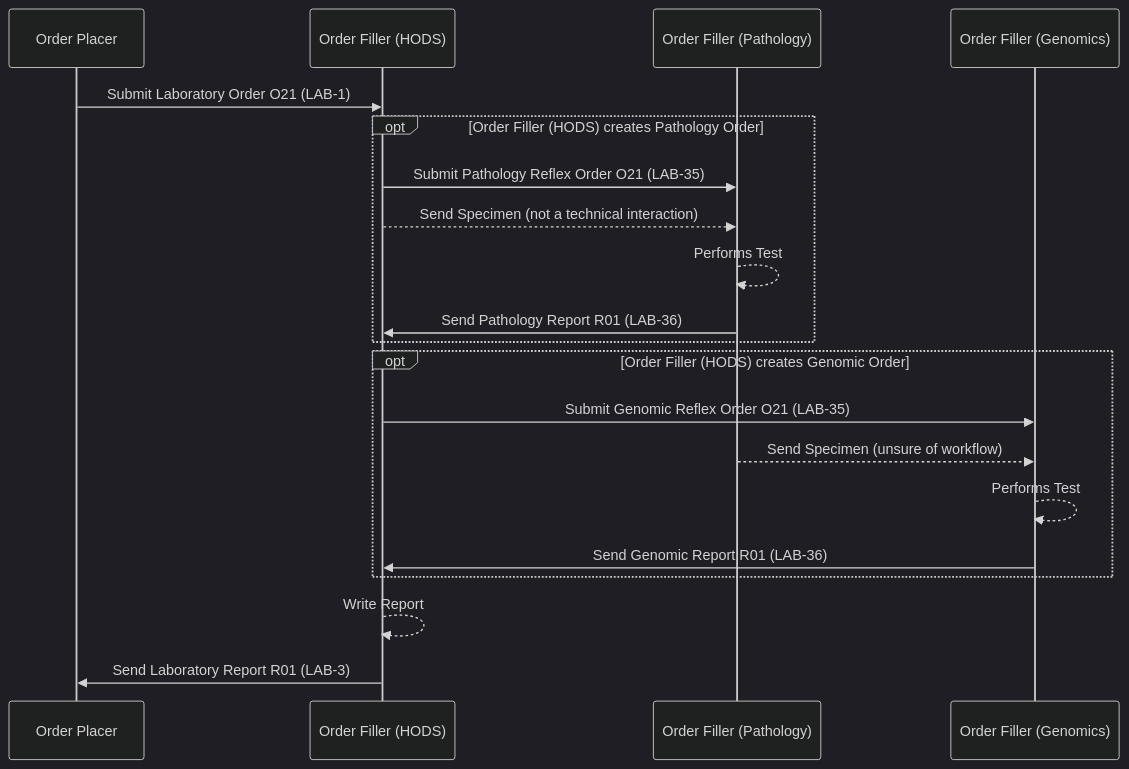
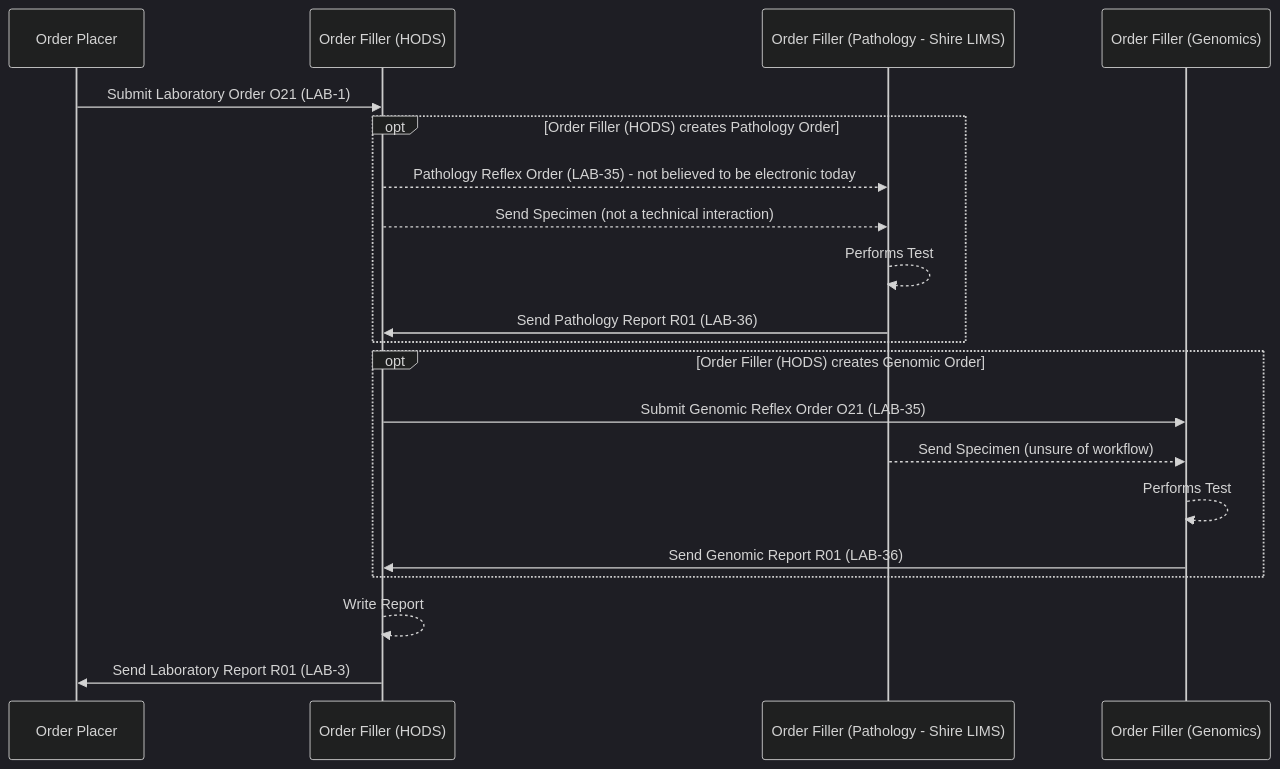
The second of 2 diagrams in input/pagecontent/HaematoOncologyPathway.md (nw-gmsa/nw-gmsa.github.com), drawn with Mermaid (dark theme) before and after one commit. The commit also changed other lines of this file and 10 other files, not shown here.

````diff
--- a/input/pagecontent/HaematoOncologyPathway.md
+++ b/input/pagecontent/HaematoOncologyPathway.md
@@ -80,32 +87,32 @@
 ```mermaid
 sequenceDiagram
 
 
 participant EPR as Order Placer
 participant LIMS as Order Filler (HODS)
-participant LIMSP as Order Filler (Pathology)
+participant LIMSP as Order Filler (Pathology - Shire LIMS)
 participant LIMSG as Order Filler (Genomics)
 
 
 EPR ->> LIMS: Submit Laboratory Order O21 (LAB-1)
 
 opt Order Filler (HODS) creates Pathology Order
 
 
-    LIMS ->> LIMSP: Submit Pathology Reflex Order O21 (LAB-35)
+    LIMS -->> LIMSP: Pathology Reflex Order (LAB-35) - not believed to be electronic today
     LIMS -->> LIMSP: Send Specimen (not a technical interaction)
     LIMSP -->> LIMSP : Performs Test
     LIMSP ->> LIMS: Send Pathology Report R01 (LAB-36)
 end
 
 opt Order Filler (HODS) creates Genomic Order
 
    
     LIMS ->> LIMSG: Submit Genomic Reflex Order O21 (LAB-35)
     LIMSP -->> LIMSG: Send Specimen (unsure of workflow)
     LIMSG -->> LIMSG : Performs Test
     LIMSG ->> LIMS: Send Genomic Report R01 (LAB-36)
 end
 LIMS -->> LIMS: Write Report
 LIMS ->> EPR: Send Laboratory Report R01 (LAB-3)
 ```
````
